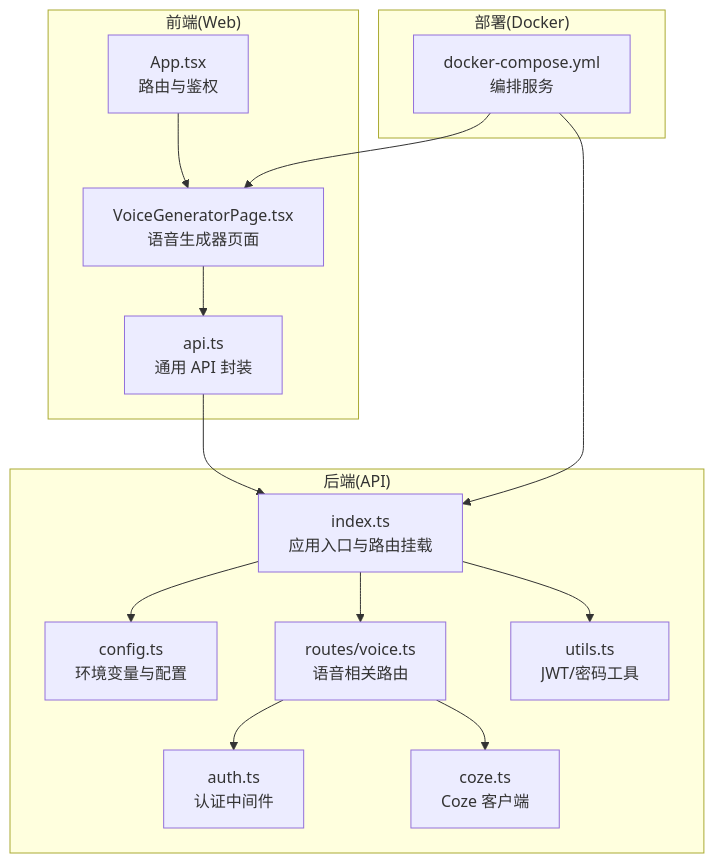
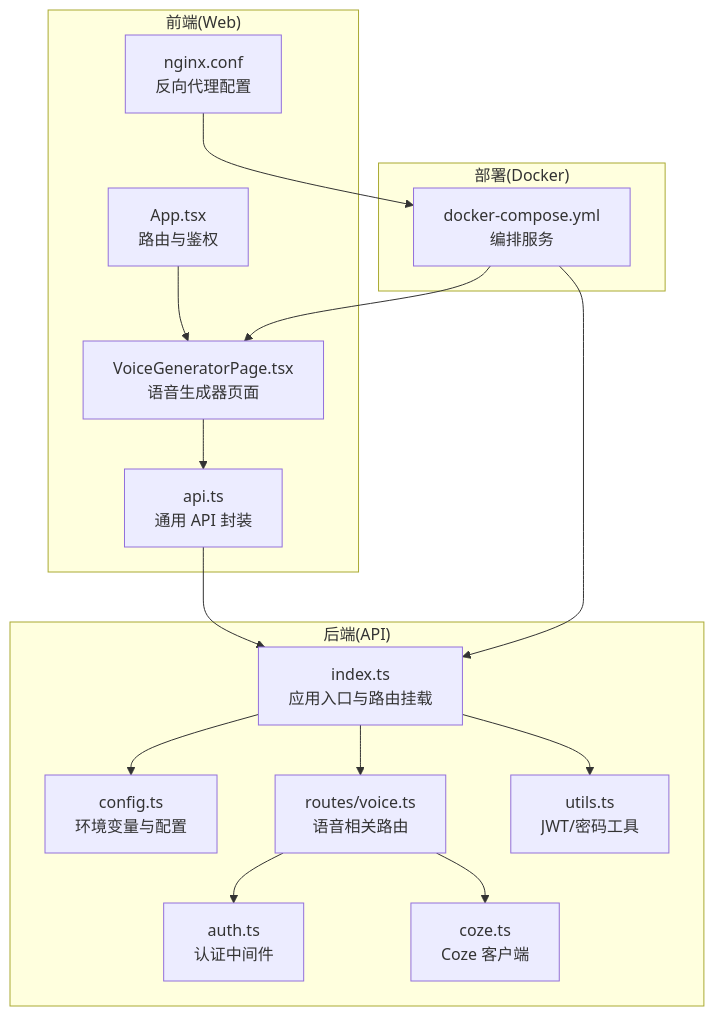
Before and after one commit to hanksd769-droid/sailshub: the first of 4 diagrams in .qoder/repowiki/zh/content/语音生成系统.md, drawn with Mermaid. The commit also changed other lines of this file and 13 other files, not shown here.

````diff
--- a/.qoder/repowiki/zh/content/语音生成系统.md
+++ b/.qoder/repowiki/zh/content/语音生成系统.md
@@ -48,29 +51,31 @@
 ```mermaid
 graph TB
 subgraph "前端(Web)"
 WG["VoiceGeneratorPage.tsx<br/>语音生成器页面"]
 API["api.ts<br/>通用 API 封装"]
 APP["App.tsx<br/>路由与鉴权"]
+NGINX["nginx.conf<br/>反向代理配置"]
 end
 subgraph "后端(API)"
 IDX["index.ts<br/>应用入口与路由挂载"]
 CFG["config.ts<br/>环境变量与配置"]
 AUTH["auth.ts<br/>认证中间件"]
 VOICE["routes/voice.ts<br/>语音相关路由"]
 COZE["coze.ts<br/>Coze 客户端"]
 UTIL["utils.ts<br/>JWT/密码工具"]
 end
 subgraph "部署(Docker)"
 DC["docker-compose.yml<br/>编排服务"]
 end
 WG --> API
 APP --> WG
 API --> IDX
 IDX --> VOICE
 VOICE --> AUTH
 VOICE --> COZE
 IDX --> CFG
 IDX --> UTIL
 DC --> IDX
 DC --> WG
+NGINX --> DC
 ```
````
